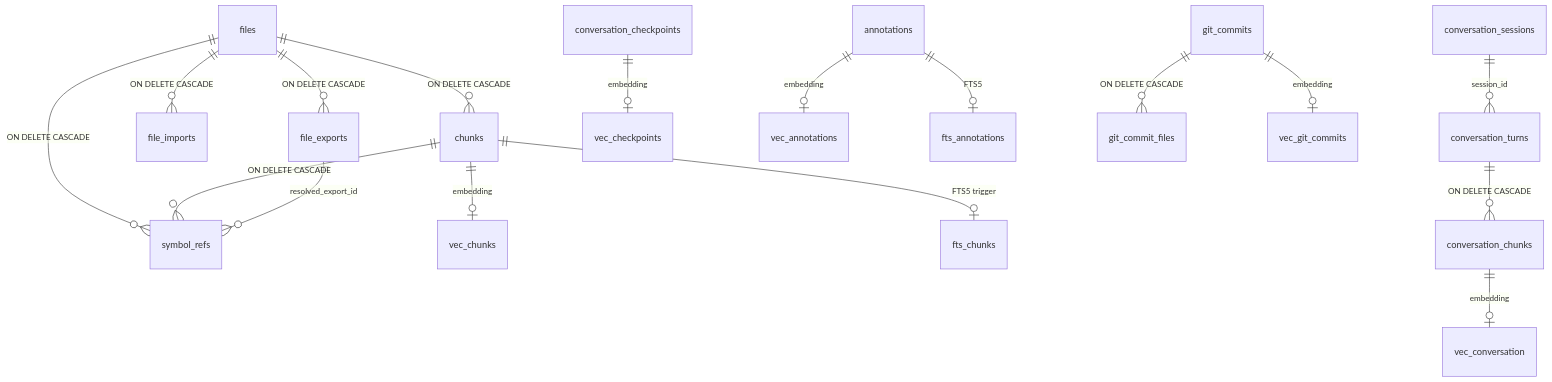
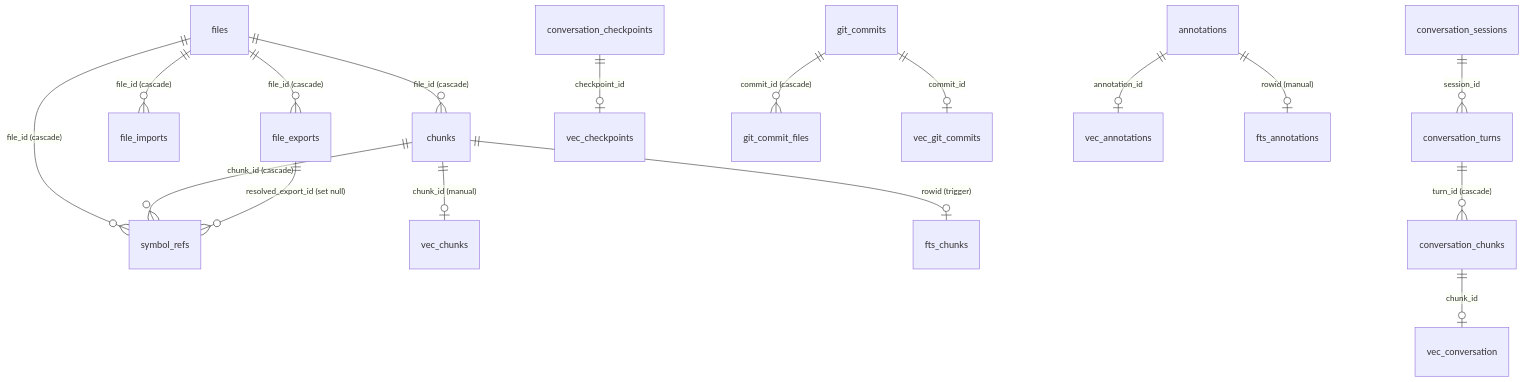
The diagram in wiki/data-model.md (TheWinci/mimirs), drawn with Mermaid before and after one commit. The commit also changed other lines of this file and 52 other files, not shown here.

````diff
--- a/wiki/data-model.md
+++ b/wiki/data-model.md
@@ -7,19 +11,19 @@
 ```mermaid
 erDiagram
-  files ||--o{ chunks : "ON DELETE CASCADE"
-  files ||--o{ file_imports : "ON DELETE CASCADE"
-  files ||--o{ file_exports : "ON DELETE CASCADE"
-  files ||--o{ symbol_refs : "ON DELETE CASCADE"
-  chunks ||--o{ symbol_refs : "ON DELETE CASCADE"
-  chunks ||--o| vec_chunks : "embedding"
-  chunks ||--o| fts_chunks : "FTS5 trigger"
-  file_exports ||--o{ symbol_refs : "resolved_export_id"
+  files ||--o{ chunks : "file_id (cascade)"
+  files ||--o{ file_imports : "file_id (cascade)"
+  files ||--o{ file_exports : "file_id (cascade)"
+  files ||--o{ symbol_refs : "file_id (cascade)"
+  chunks ||--o{ symbol_refs : "chunk_id (cascade)"
+  chunks ||--o| vec_chunks : "chunk_id (manual)"
+  chunks ||--o| fts_chunks : "rowid (trigger)"
+  file_exports ||--o{ symbol_refs : "resolved_export_id (set null)"
   conversation_sessions ||--o{ conversation_turns : "session_id"
-  conversation_turns ||--o{ conversation_chunks : "ON DELETE CASCADE"
-  conversation_chunks ||--o| vec_conversation : "embedding"
-  conversation_checkpoints ||--o| vec_checkpoints : "embedding"
-  annotations ||--o| vec_annotations : "embedding"
-  annotations ||--o| fts_annotations : "FTS5"
-  git_commits ||--o{ git_commit_files : "ON DELETE CASCADE"
-  git_commits ||--o| vec_git_commits : "embedding"
+  conversation_turns ||--o{ conversation_chunks : "turn_id (cascade)"
+  conversation_chunks ||--o| vec_conversation : "chunk_id"
+  conversation_checkpoints ||--o| vec_checkpoints : "checkpoint_id"
+  git_commits ||--o{ git_commit_files : "commit_id (cascade)"
+  git_commits ||--o| vec_git_commits : "commit_id"
+  annotations ||--o| vec_annotations : "annotation_id"
+  annotations ||--o| fts_annotations : "rowid (manual)"
 ```
````
